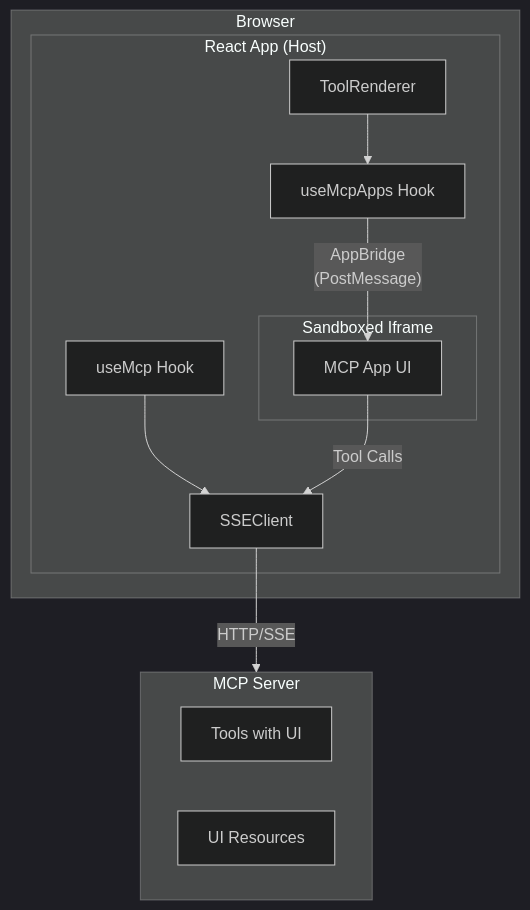
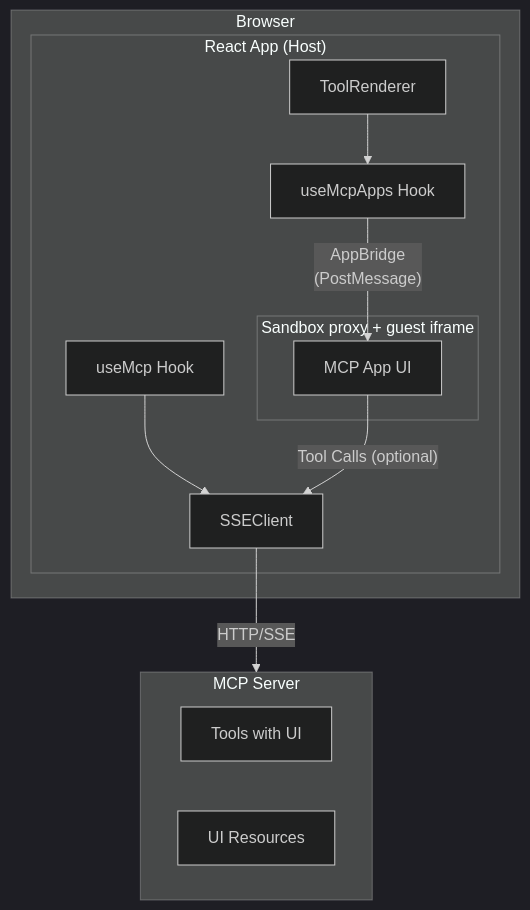
Before and after one commit to Granny-vs-luke/mcp-ts: the diagram in docs/docs/mcp-apps.md, drawn with Mermaid (dark theme). The commit also changed other lines of this file and 3 other files, not shown here.

First line of the commit message:
Enhance MCP Apps documentation and introduce new `mcp-app-host-comparison` guide

````diff
--- a/docs/docs/mcp-apps.md
+++ b/docs/docs/mcp-apps.md
@@ -13,26 +13,26 @@
 ```mermaid
 graph TB
     subgraph Browser["Browser"]
         subgraph ReactApp["React App (Host)"]
             useMcp["useMcp Hook"]
             SSEClient["SSEClient"]
             ToolRenderer["ToolRenderer"]
             useMcpApps["useMcpApps Hook"]
 
-            subgraph Iframe["Sandboxed Iframe"]
+            subgraph Iframe["Sandbox proxy + guest iframe"]
                 McpAppUI["MCP App UI"]
             end
         end
     end
 
     subgraph Server["MCP Server"]
         Tools["Tools with UI"]
         Resources["UI Resources"]
     end
 
     useMcp --> SSEClient
     SSEClient -->|"HTTP/SSE"| Server
     ToolRenderer --> useMcpApps
     useMcpApps -->|"AppBridge<br/>(PostMessage)"| McpAppUI
-    McpAppUI -->|"Tool Calls"| SSEClient
+    McpAppUI -->|"Tool Calls (optional)"| SSEClient
 ```
````
